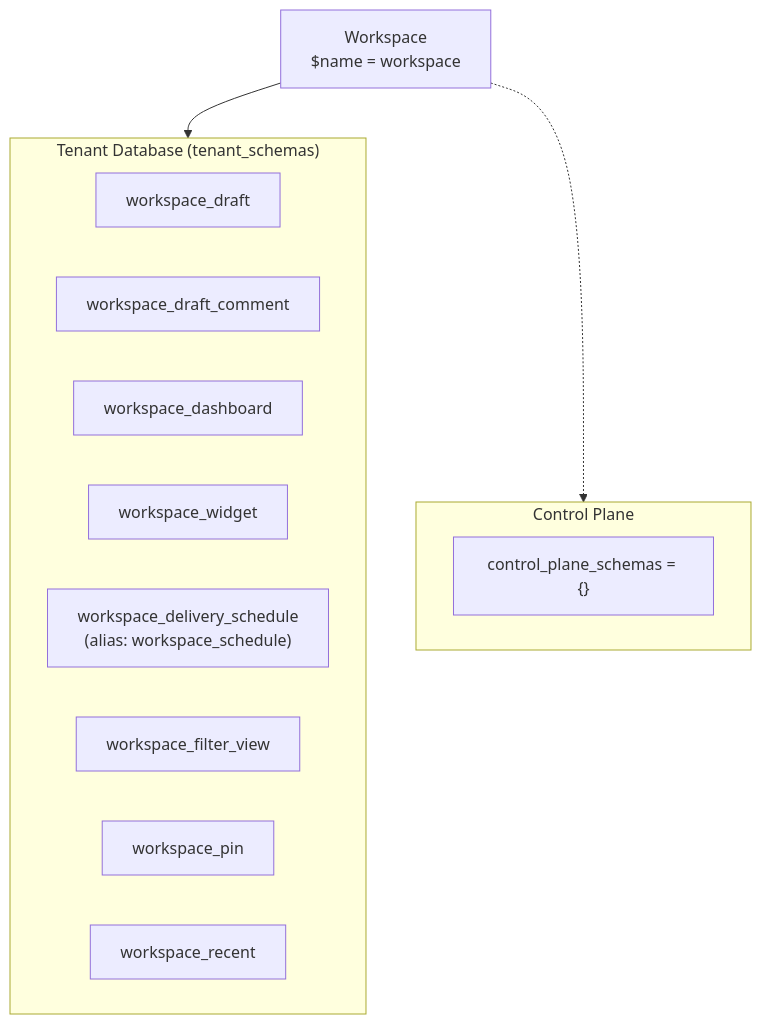
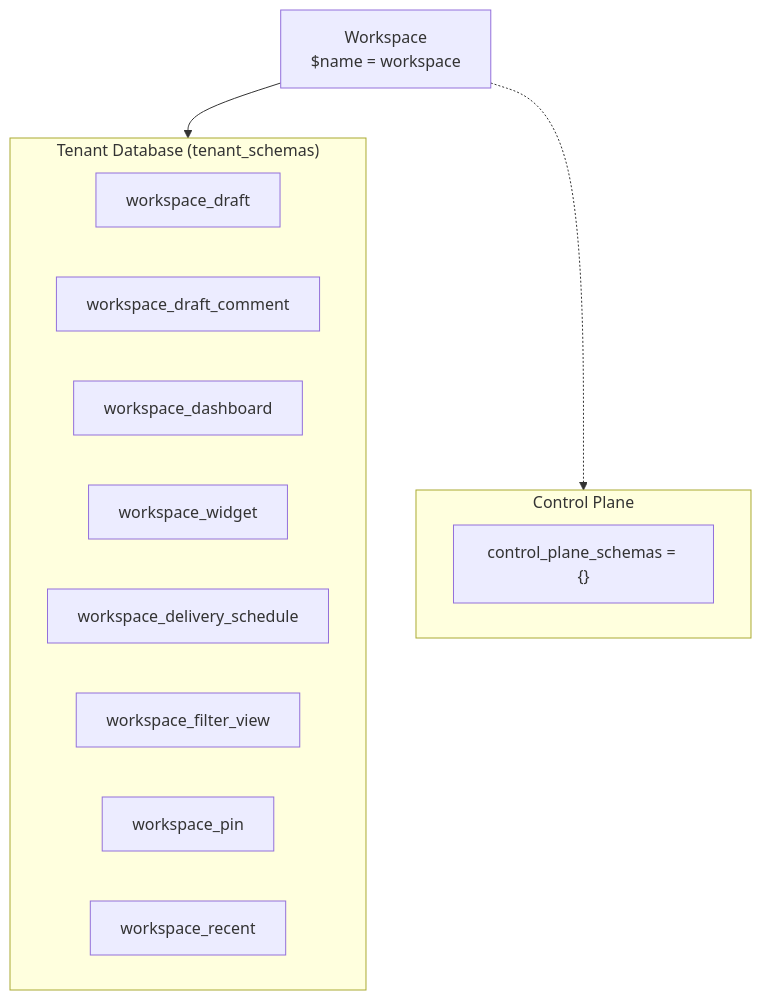
The first of 3 diagrams in packages/workspace/docs/overview.mdx (AdityaBorkar/aspen-os), drawn with Mermaid before and after one commit. The commit also changed other lines of this file and 24 other files, not shown here.

````diff
--- a/packages/workspace/docs/overview.mdx
+++ b/packages/workspace/docs/overview.mdx
@@ -41,18 +41,18 @@
 ```mermaid
 flowchart TB
   subgraph TenantDB["Tenant Database (tenant_schemas)"]
     draft["workspace_draft"]
     draftComment["workspace_draft_comment"]
     dashboard["workspace_dashboard"]
     widget["workspace_widget"]
-    schedule["workspace_delivery_schedule<br/>(alias: workspace_schedule)"]
+    schedule["workspace_delivery_schedule"]
     filterView["workspace_filter_view"]
     pin["workspace_pin"]
     recent["workspace_recent"]
   end
   subgraph ControlPlane["Control Plane"]
     empty["control_plane_schemas = {}"]
   end
   WS["Workspace<br/>$name = workspace"] --> TenantDB
   WS -.-> ControlPlane
 ```
````
